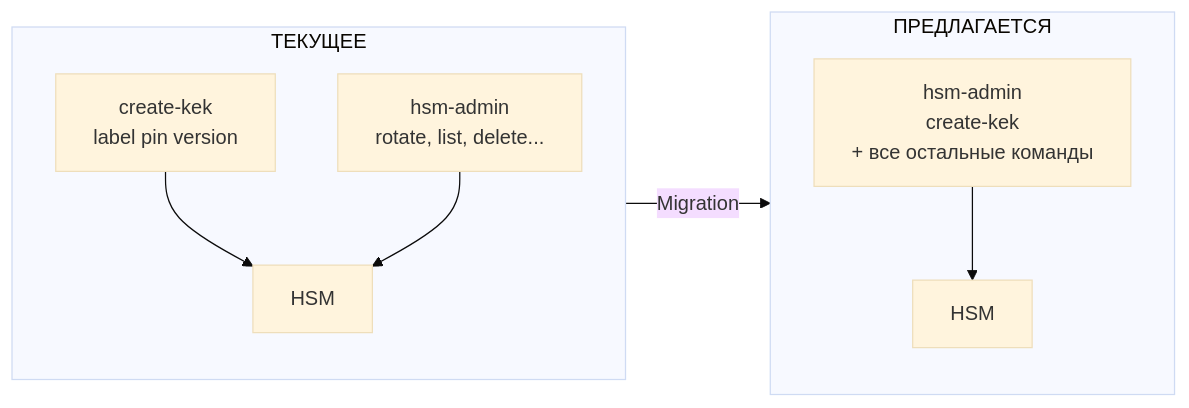
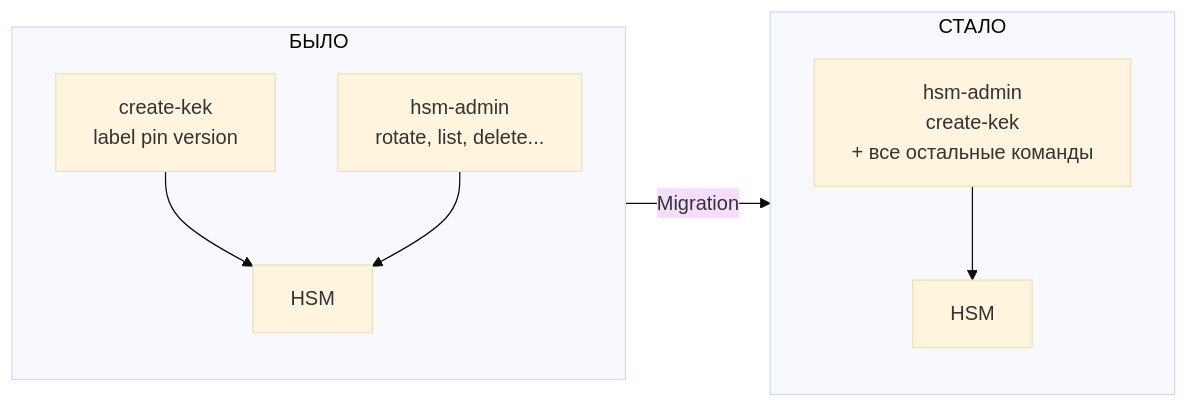
One commit to titaev-lv/hsm-service changed the second of 9 diagrams in DEVELOPMENT_PLAN.md. Above: the diagram before and after it, drawn with Mermaid (base theme). The commit also changed other lines of this file and 12 other files, not shown here.

Commit message:
Delete utilite create-kek, update docs

````diff
--- a/DEVELOPMENT_PLAN.md
+++ b/DEVELOPMENT_PLAN.md
@@ -157,13 +156,13 @@
 ```mermaid
 graph LR
-    subgraph "ТЕКУЩЕЕ"
-        A1[create-kek<br/>label pin version] --> HSM1[HSM]
-        A2[hsm-admin<br/>rotate, list, delete...] --> HSM1
-    end
+  subgraph "БЫЛО"
+    A1[create-kek<br/>label pin version] --> HSM1[HSM]
+    A2[hsm-admin<br/>rotate, list, delete...] --> HSM1
+  end
 
-    subgraph "ПРЕДЛАГАЕТСЯ"
-        B1[hsm-admin<br/>create-kek<br/>+ все остальные команды] --> HSM2[HSM]
-    end
+  subgraph "СТАЛО"
+    B1[hsm-admin<br/>create-kek<br/>+ все остальные команды] --> HSM2[HSM]
+  end
 
-    ТЕКУЩЕЕ -->|Migration| ПРЕДЛАГАЕТСЯ
+  БЫЛО -->|Migration| СТАЛО
 ```
````
